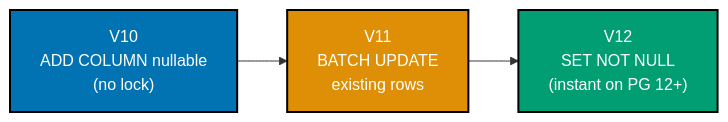
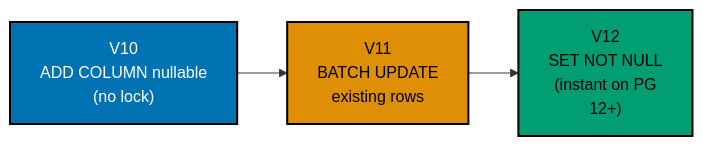
One commit to wahidyankf/ose-public changed the second of 9 diagrams in apps/ayokoding-www/content/en/learn/legacy/software-engineering/data/tools/kotlin-flyway/by-example/advanced.md. Above: the diagram before and after it, drawn with Mermaid. The commit also changed other lines of this file and 131 other files, not shown here.

First line of the commit message:
fix(mermaid): bring the legacy data, infrastructure, and testing diagrams onto the accessible palette

````diff
--- a/apps/ayokoding-www/content/en/learn/legacy/software-engineering/data/tools/kotlin-flyway/by-example/advanced.md
+++ b/apps/ayokoding-www/content/en/learn/legacy/software-engineering/data/tools/kotlin-flyway/by-example/advanced.md
@@ -187,14 +190,17 @@
 ```mermaid
 %% Color Palette: Blue #0173B2, Orange #DE8F05, Teal #029E73, Purple #CC78BC, Brown #CA9161
 %% Zero-downtime column addition phases
 graph LR
-    A["V10\nADD COLUMN nullable\n#40;no lock#41;"]:::blue
-    B["V11\nBATCH UPDATE\nexisting rows"]:::orange
-    C["V12\nSET NOT NULL\n#40;instant on PG 12+#41;"]:::teal
+    accTitle: Example 63: Zero-Downtime Column Addition
+    accDescr: Graph with 3 nodes and 2 connections. Nodes: V10 ADD COLUMN nullable 40no lock41, V11 BATCH UPDATE existing rows, V12 SET NOT NULL 40instant on PG 12+41. Connections: V10 ADD COLUMN nullable 40no lock41 to V11 BATCH UPDATE existing rows, V11 BATCH UPDATE existing rows to V12 SET NOT NULL 40instant on PG 12+41.
+    A["V10<br/>ADD COLUMN nullable<br/>#40;no lock#41;"]:::blue
+    B["V11<br/>BATCH UPDATE<br/>existing rows"]:::orange
+    C["V12<br/>SET NOT NULL<br/>#40;instant on PG<br/>12+#41;"]:::teal
 
     A --> B --> C
 
     classDef blue fill:#0173B2,stroke:#000000,color:#FFFFFF,stroke-width:2px
-    classDef orange fill:#DE8F05,stroke:#000000,color:#FFFFFF,stroke-width:2px
-    classDef teal fill:#029E73,stroke:#000000,color:#FFFFFF,stroke-width:2px
+    classDef orange fill:#DE8F05,stroke:#000000,color:#000000,stroke-width:2px
+    classDef teal fill:#029E73,stroke:#000000,color:#000000,stroke-width:2px
+    classDef default fill:#FFFFFF,stroke:#000000,color:#000000
 ```
````
